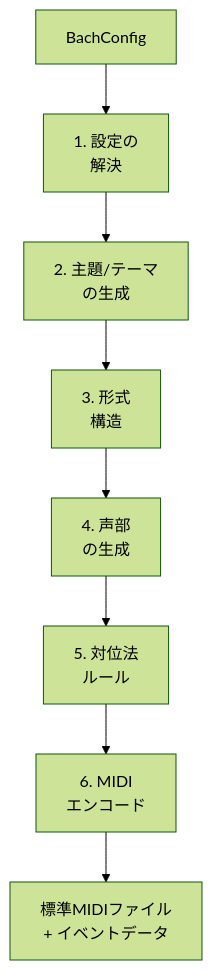
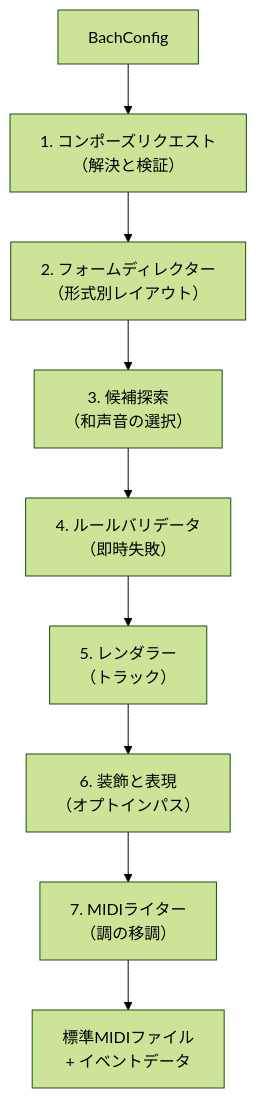
Before and after one commit to libraz/midi-sketch-bach-homepage: the first of 2 diagrams in src/ja/docs/generation-pipeline.md, drawn with Mermaid (forest theme). The commit also changed other lines of this file and 34 other files, not shown here.

````diff
--- a/src/ja/docs/generation-pipeline.md
+++ b/src/ja/docs/generation-pipeline.md
@@ -10,10 +10,11 @@
 ```mermaid
 graph TD
-    A["BachConfig"] --> B["1. 設定の<br>解決"]
-    B --> C["2. 主題/テーマ<br>の生成"]
-    C --> D["3. 形式<br>構造"]
-    D --> E["4. 声部<br>の生成"]
-    E --> F["5. 対位法<br>ルール"]
-    F --> G["6. MIDI<br>エンコード"]
-    G --> H["標準MIDIファイル<br>+ イベントデータ"]
+    A["BachConfig"] --> B["1. コンポーズリクエスト<br>（解決と検証）"]
+    B --> C["2. フォームディレクター<br>（形式別レイアウト）"]
+    C --> D["3. 候補探索<br>（和声音の選択）"]
+    D --> E["4. ルールバリデータ<br>（即時失敗）"]
+    E --> F["5. レンダラー<br>（トラック）"]
+    F --> G["6. 装飾と表現<br>（オプトインパス）"]
+    G --> H["7. MIDIライター<br>（調の移調）"]
+    H --> I["標準MIDIファイル<br>+ イベントデータ"]
 ```
````
